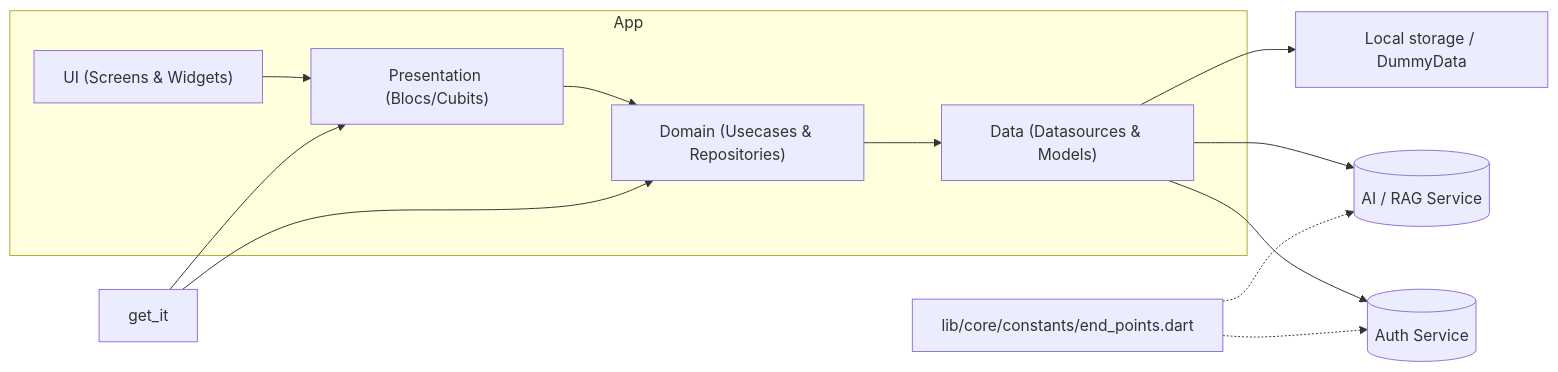
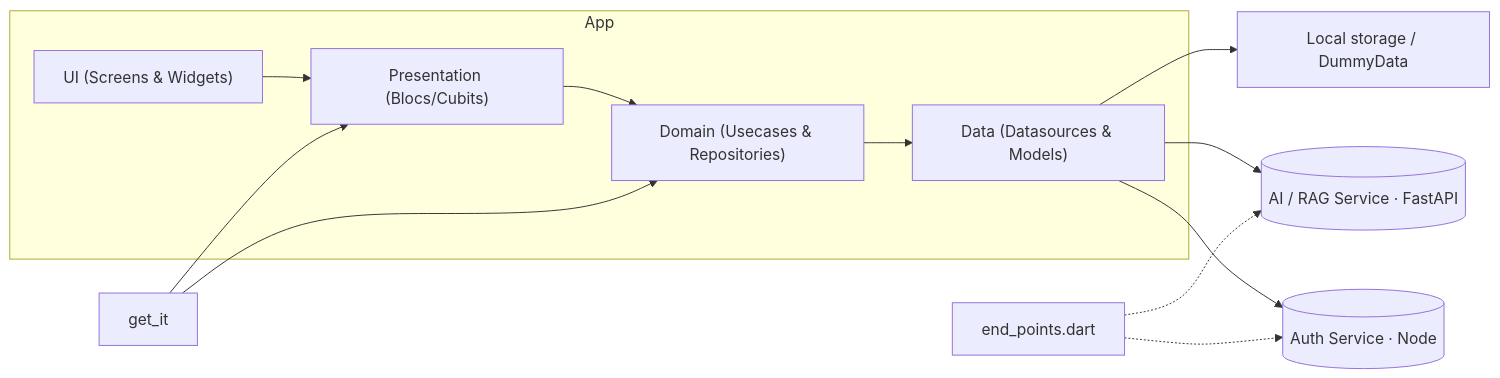
Before and after one commit to cultini/cultini_frontend: the diagram in README.md, drawn with Mermaid. The commit also changed other lines of this file, not shown here.

````diff
--- a/README.md
+++ b/README.md
@@ -216,17 +207,15 @@
 ```mermaid
-
 flowchart LR
   subgraph App
     UI["UI (Screens & Widgets)"] --> PRES["Presentation (Blocs/Cubits)"]
     PRES --> DOM["Domain (Usecases & Repositories)"]
     DOM --> DATA["Data (Datasources & Models)"]
   end
-  DATA --> AUTH[(Auth Service)]
-  DATA --> AI[(AI / RAG Service)]
+  DATA --> AUTH[(Auth Service · Node)]
+  DATA --> AI[(AI / RAG Service · FastAPI)]
   DATA --> LOCAL["Local storage / DummyData"]
   DI[get_it] --> PRES
   DI --> DOM
-  EndPoints["lib/core/constants/end_points.dart"] -.-> AUTH
+  EndPoints["end_points.dart"] -.-> AUTH
   EndPoints -.-> AI
-  
 ```
````
